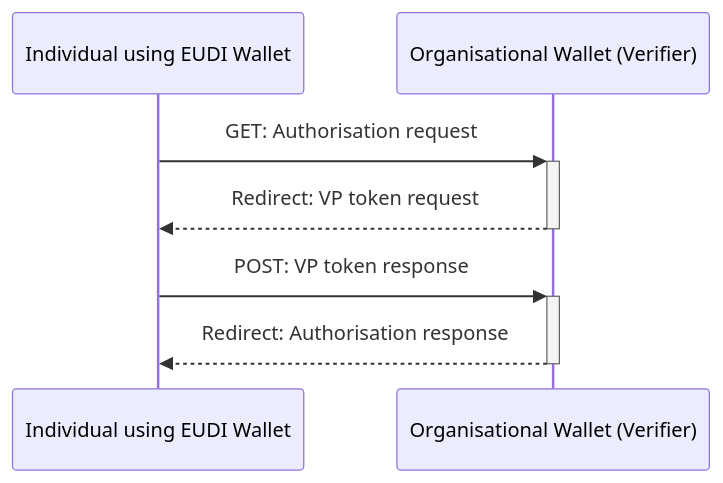
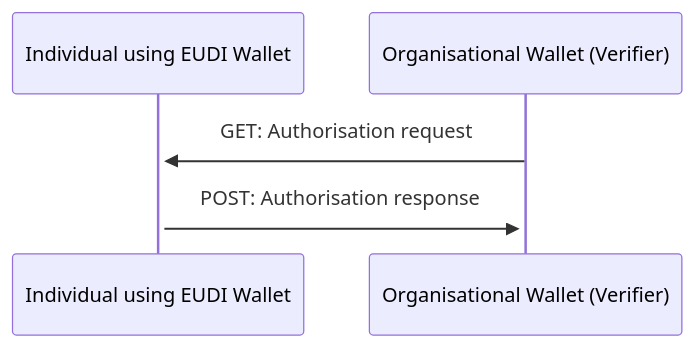
The first of 2 diagrams in ewc-rfc002-present-verifiable-credentials.md (EWC-consortium/eudi-wallet-rfcs), drawn with Mermaid before and after one commit. The commit also changed other lines of this file, not shown here.

Commit message:
Fix #18: Section 3 Figure 1 incorrect caption

````diff
--- a/ewc-rfc002-present-verifiable-credentials.md
+++ b/ewc-rfc002-present-verifiable-credentials.md
@@ -46,10 +47,8 @@
 ```mermaid
   sequenceDiagram
       participant I as Individual using EUDI Wallet
       participant O as Organisational Wallet (Verifier)
 
-      I->>+O: GET: Authorisation request
-      O-->>-I: Redirect: VP token request
-      I->>+O: POST: VP token response
-      O-->>-I: Redirect: Authorisation response
+      O->>+I: GET: Authorisation request
+      I->>+O: POST: Authorisation response
 ```
````
